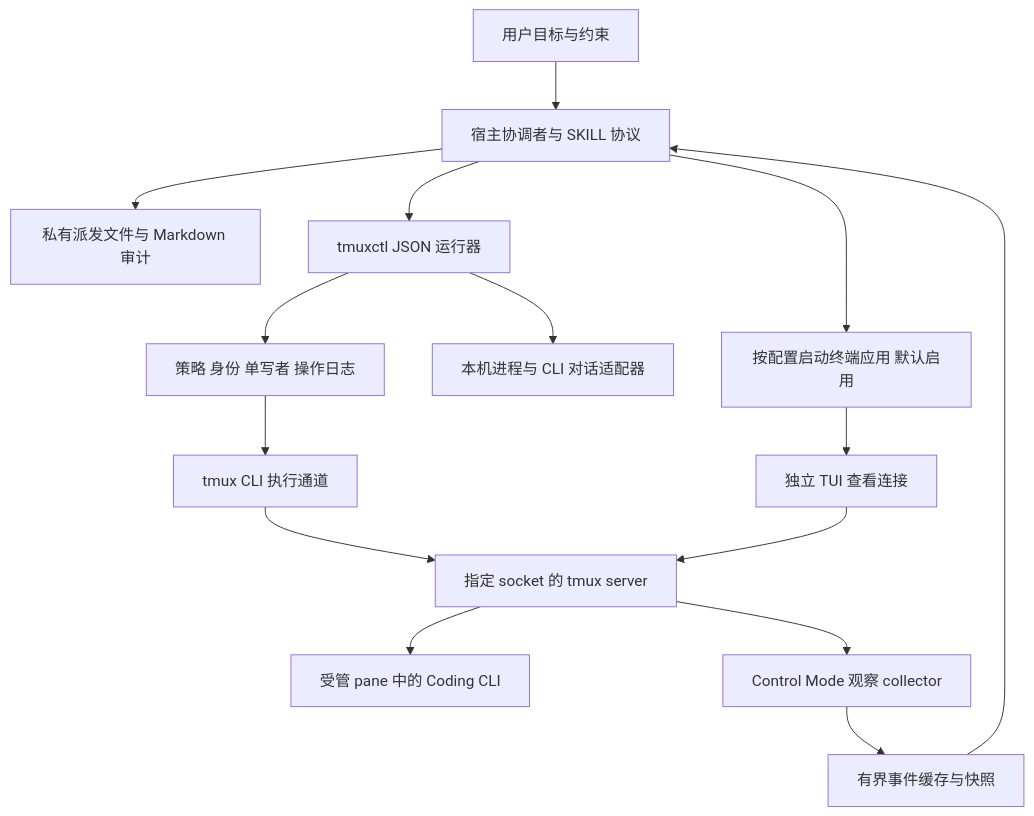
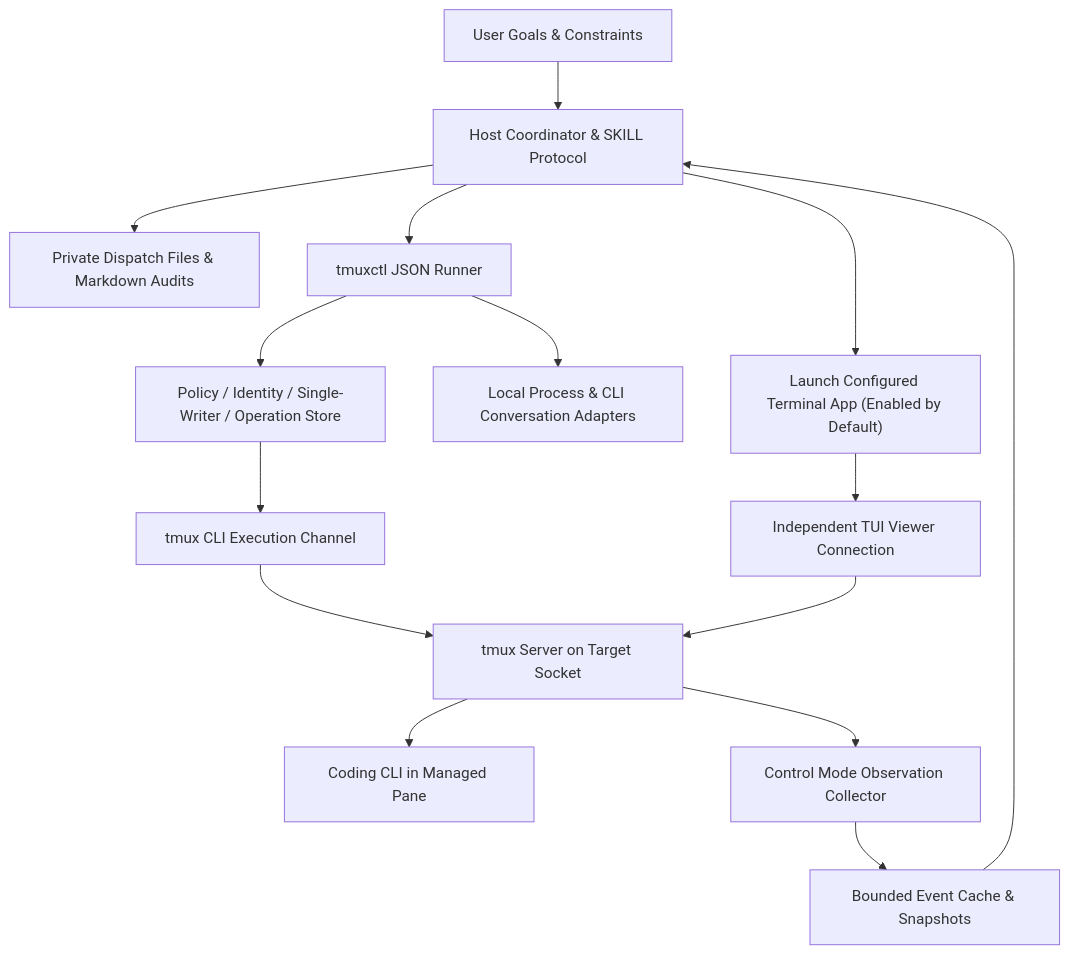
The diagram in docs/implementation-plan.md (lucky-goals/goals-tmux-skill), drawn with Mermaid before and after one commit. The commit also changed other lines of this file and 8 other files, not shown here.

````diff
--- a/docs/implementation-plan.md
+++ b/docs/implementation-plan.md
@@ -57,17 +57,17 @@
 ```mermaid
 flowchart TD
-    U[用户目标与约束] --> H[宿主协调者与 SKILL 协议]
-    H --> D[私有派发文件与 Markdown 审计]
-    H --> R[tmuxctl JSON 运行器]
-    R --> G[策略 身份 单写者 操作日志]
-    G --> T[tmux CLI 执行通道]
-    T --> S[指定 socket 的 tmux server]
-    S --> P[受管 pane 中的 Coding CLI]
-    S --> C[Control Mode 观察 collector]
-    C --> E[有界事件缓存与快照]
+    U["User Goals & Constraints"] --> H["Host Coordinator & SKILL Protocol"]
+    H --> D["Private Dispatch Files & Markdown Audits"]
+    H --> R["tmuxctl JSON Runner"]
+    R --> G["Policy / Identity / Single-Writer / Operation Store"]
+    G --> T["tmux CLI Execution Channel"]
+    T --> S["tmux Server on Target Socket"]
+    S --> P["Coding CLI in Managed Pane"]
+    S --> C["Control Mode Observation Collector"]
+    C --> E["Bounded Event Cache & Snapshots"]
     E --> H
-    R --> O[本机进程与 CLI 对话适配器]
-    H --> L[按配置启动终端应用 默认启用]
-    L --> V[独立 TUI 查看连接]
+    R --> O["Local Process & CLI Conversation Adapters"]
+    H --> L["Launch Configured Terminal App (Enabled by Default)"]
+    L --> V["Independent TUI Viewer Connection"]
     V --> S
 ```
````
